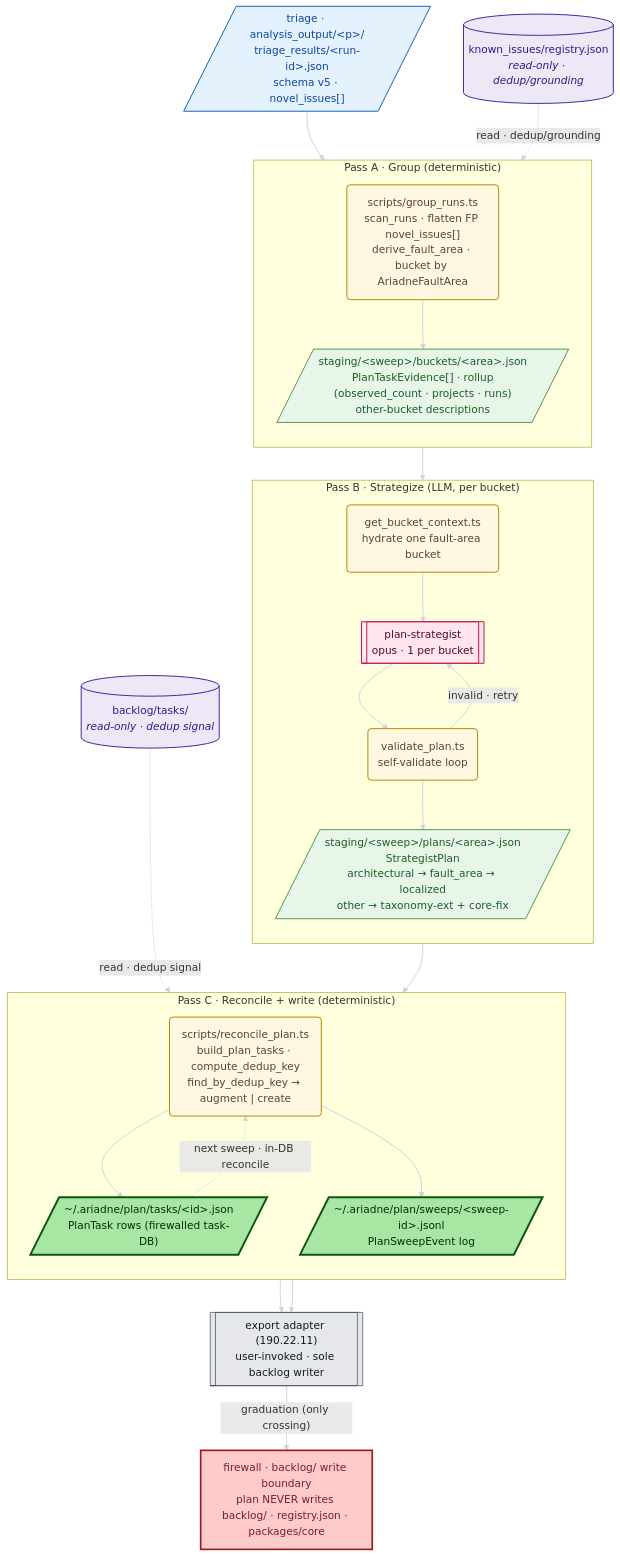
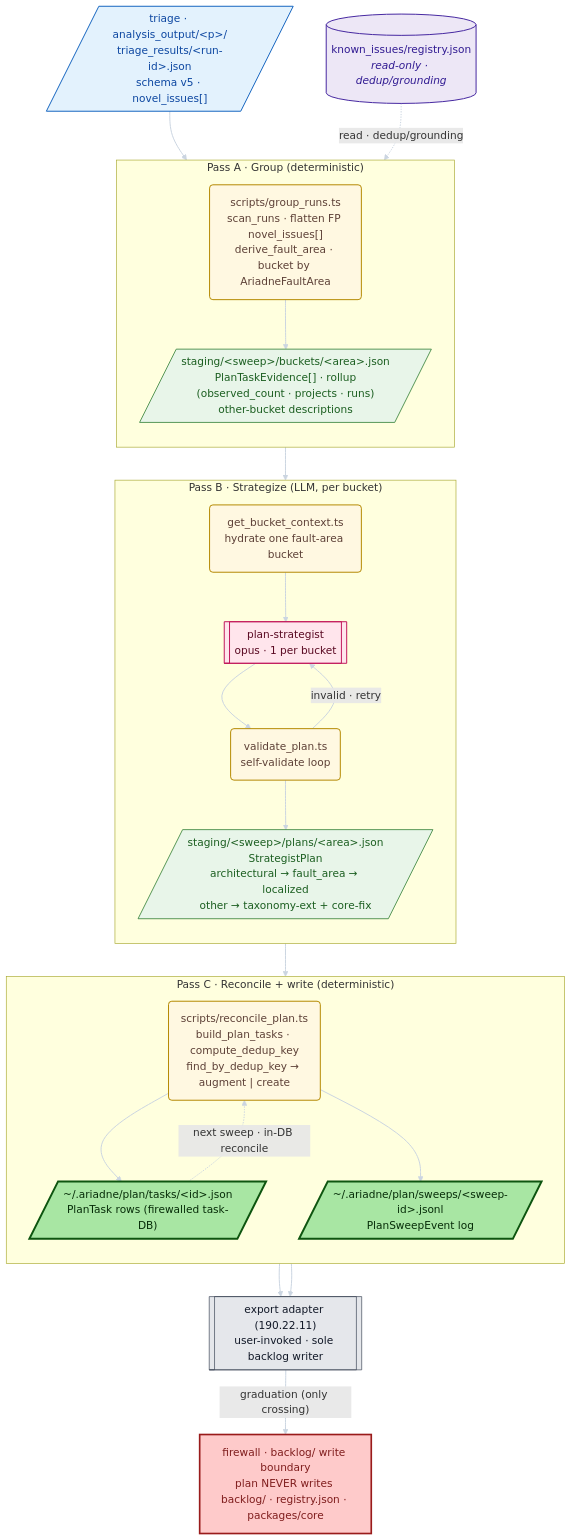
The diagram in .claude/skills/plan/README.per-step.mmd (CRJFisher/ariadne), drawn with Mermaid before and after one commit. The commit also changed 18 other files, not shown here.

```diff
--- a/.claude/skills/plan/README.per-step.mmd
+++ b/.claude/skills/plan/README.per-step.mmd
@@ -1,57 +1,55 @@
 flowchart TD
   classDef ext        fill:#e3f2fd,stroke:#1565c0,stroke-width:1.5px,color:#0d47a1
   classDef store      fill:#ede7f6,stroke:#4527a0,stroke-width:1.5px,color:#311b92
   classDef artifact   fill:#e8f5e9,stroke:#2e7d32,stroke-width:1.2px,color:#1b5e20
   classDef step       fill:#fff8e1,stroke:#b58900,stroke-width:1.5px,color:#5d4037
   classDef agent      fill:#ffe5ec,stroke:#c2185b,stroke-width:1.5px,color:#5a0922
   classDef inter      fill:#f5f5f5,stroke:#616161,stroke-width:1px,color:#212121,stroke-dasharray:3 3
   classDef published  fill:#a8e6a3,stroke:#0e5510,stroke-width:3px,color:#062c08
   classDef downstream fill:#e5e7eb,stroke:#374151,stroke-width:1px,color:#111827
   classDef firewall   fill:#fecaca,stroke:#991b1b,stroke-width:2.5px,color:#7f1d1d
 
   TR[/"triage · analysis_output/&lt;p&gt;/<br/>triage_results/&lt;run-id&gt;.json<br/>schema v5 · novel_issues[]"/]:::ext
 
   REG[("known_issues/registry.json<br/><i>read-only · dedup/grounding</i>")]:::store
-  BL[("backlog/tasks/<br/><i>read-only · dedup signal</i>")]:::store
 
   subgraph PA["Pass A · Group (deterministic)"]
     direction TB
     SA("scripts/group_runs.ts<br/>scan_runs · flatten FP novel_issues[]<br/>derive_fault_area · bucket by AriadneFaultArea"):::step
     BK[/"staging/&lt;sweep&gt;/buckets/&lt;area&gt;.json<br/>PlanTaskEvidence[] · rollup<br/>(observed_count · projects · runs)<br/>other-bucket descriptions"/]:::artifact
   end
 
   subgraph PB["Pass B · Strategize (LLM, per bucket)"]
     direction TB
     HY("get_bucket_context.ts<br/>hydrate one fault-area bucket"):::step
     AGB[["plan-strategist<br/>opus · 1 per bucket"]]:::agent
     VAL("validate_plan.ts<br/>self-validate loop"):::step
     SP[/"staging/&lt;sweep&gt;/plans/&lt;area&gt;.json<br/>StrategistPlan<br/>architectural → fault_area → localized<br/>other → taxonomy-ext + core-fix"/]:::artifact
   end
 
   subgraph PC["Pass C · Reconcile + write (deterministic)"]
     direction TB
     RC("scripts/reconcile_plan.ts<br/>build_plan_tasks · compute_dedup_key<br/>find_by_dedup_key → augment | create"):::step
     PT[/"~/.ariadne/plan/tasks/&lt;id&gt;.json<br/>PlanTask rows (firewalled task-DB)"/]:::published
     SW[/"~/.ariadne/plan/sweeps/&lt;sweep-id&gt;.jsonl<br/>PlanSweepEvent log"/]:::published
   end
 
   EXP[["export adapter (190.22.11)<br/>user-invoked · sole backlog writer"]]:::downstream
   FW["firewall · backlog/ write boundary<br/>plan NEVER writes backlog/ · registry.json · packages/core"]:::firewall
 
   TR --> SA
   REG -. "read · dedup/grounding" .-> SA
   SA --> BK --> HY
   HY --> AGB --> VAL
   VAL -- "invalid · retry" --> AGB
   VAL --> SP
   SP --> RC
-  BL -. "read · dedup signal" .-> RC
   RC --> PT
   RC --> SW
   PT -. "next sweep · in-DB reconcile" .-> RC
 
   PT --> EXP
   SW --> EXP
   EXP == "graduation (only crossing)" ==> FW
 
   linkStyle default stroke:#cbd5e1,stroke-width:1.5px
```
